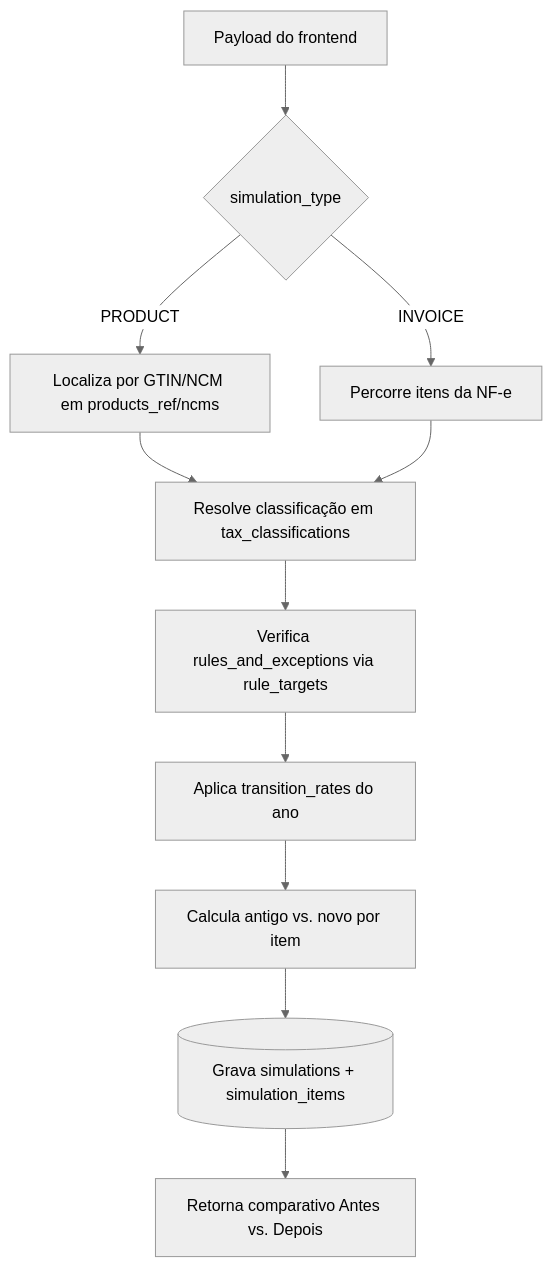
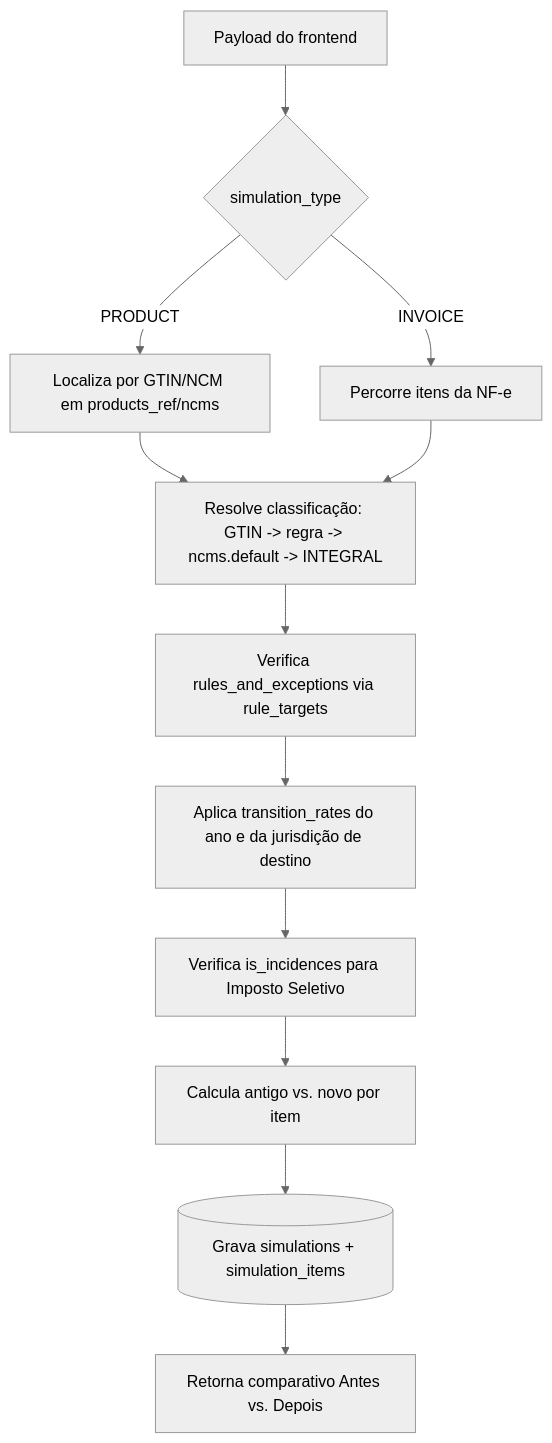
The second of 2 diagrams in schema_tax_reform.md (planosassessoria/fiscal-facil-postgresql), drawn with Mermaid (neutral theme) before and after one commit. The commit also changed other lines of this file and 9 other files, not shown here.

````diff
--- a/schema_tax_reform.md
+++ b/schema_tax_reform.md
@@ -275,13 +330,14 @@
 ```mermaid
 flowchart TD
     A[Payload do frontend] --> B{simulation_type}
     B -->|PRODUCT| C[Localiza por GTIN/NCM em products_ref/ncms]
     B -->|INVOICE| D[Percorre itens da NF-e]
-    C --> E[Resolve classificação em tax_classifications]
+    C --> E[Resolve classificação: GTIN -> regra -> ncms.default -> INTEGRAL]
     D --> E
     E --> F[Verifica rules_and_exceptions via rule_targets]
-    F --> G[Aplica transition_rates do ano]
-    G --> H[Calcula antigo vs. novo por item]
-    H --> I[(Grava simulations + simulation_items)]
-    I --> J[Retorna comparativo Antes vs. Depois]
+    F --> G[Aplica transition_rates do ano e da jurisdição de destino]
+    G --> H[Verifica is_incidences para Imposto Seletivo]
+    H --> I[Calcula antigo vs. novo por item]
+    I --> J[(Grava simulations + simulation_items)]
+    J --> K[Retorna comparativo Antes vs. Depois]
 ```
````
